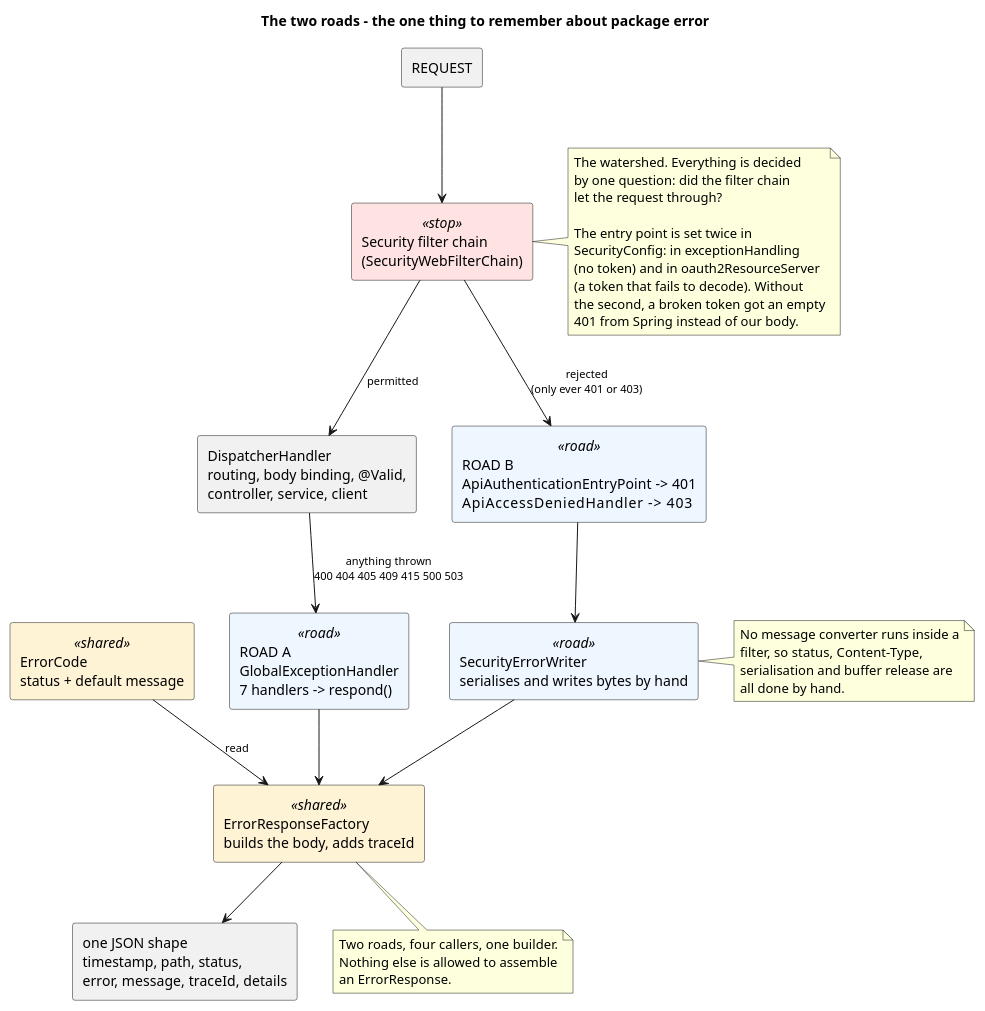
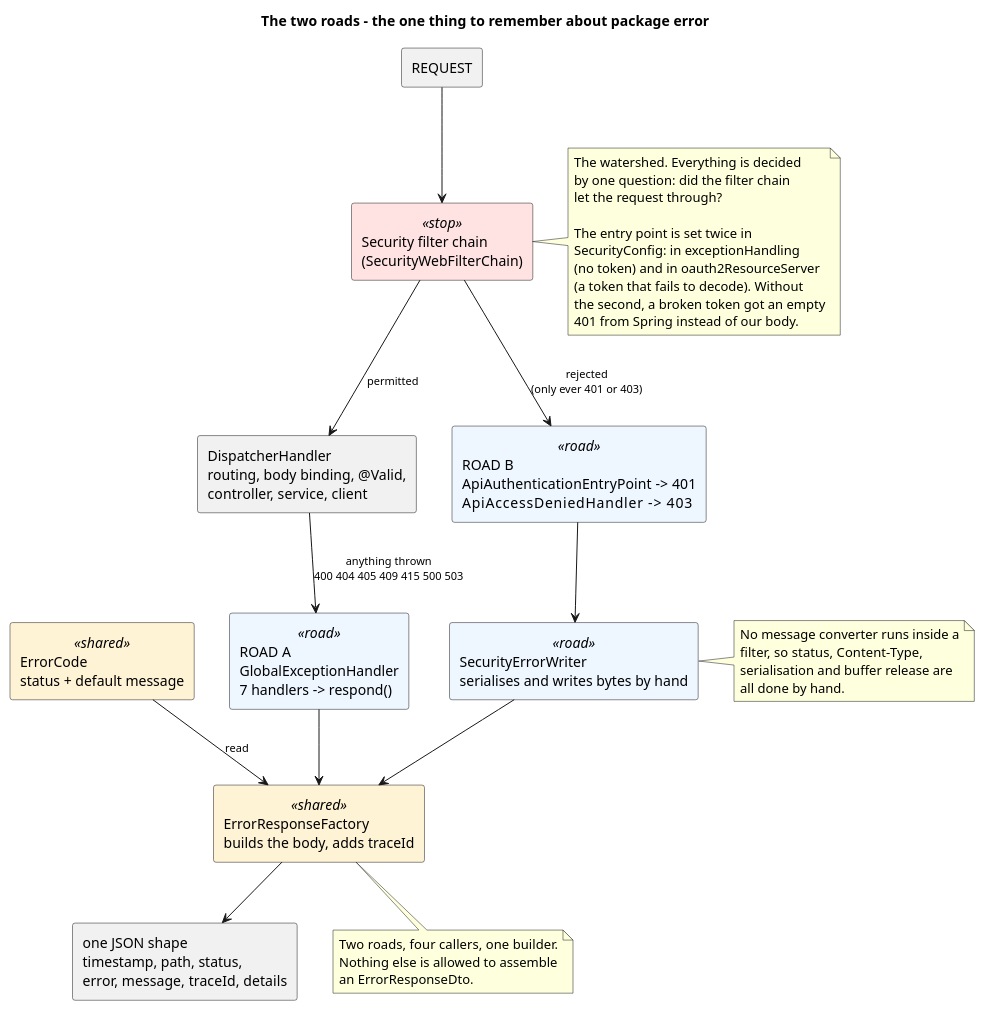
One commit to dezxxx/payment-platform changed the diagram in docs/puml-diagrams/error-two-roads.puml. Above: the diagram before and after it, drawn with PlantUML. The commit also changed 20 other files, not shown here.

```diff
--- a/docs/puml-diagrams/error-two-roads.puml
+++ b/docs/puml-diagrams/error-two-roads.puml
@@ -1,65 +1,65 @@
 @startuml error-two-roads
 title The two roads - the one thing to remember about package error
 
 skinparam shadowing false
 skinparam rectangle {
   BackgroundColor<<road>> #EEF6FF
   BackgroundColor<<shared>> #FFF3D6
   BackgroundColor<<stop>> #FFE3E3
 }
 skinparam ArrowFontSize 11
 
 rectangle "REQUEST" as Req
 
 rectangle "Security filter chain\n(SecurityWebFilterChain)" as Sec <<stop>>
 
 rectangle "DispatcherHandler\nrouting, body binding, @Valid,\ncontroller, service, client" as Disp
 
 rectangle "ROAD B\nApiAuthenticationEntryPoint  -> 401\nApiAccessDeniedHandler       -> 403" as RoadB <<road>>
 rectangle "SecurityErrorWriter\nserialises and writes bytes by hand" as Writer <<road>>
 
 rectangle "ROAD A\nGlobalExceptionHandler\n7 handlers -> respond()" as RoadA <<road>>
 
 rectangle "ErrorResponseFactory\nbuilds the body, adds traceId" as Factory <<shared>>
 
 rectangle "ErrorCode\nstatus + default message" as Code <<shared>>
 
 rectangle "one JSON shape\ntimestamp, path, status,\nerror, message, traceId, details" as Out
 
 Req --> Sec
 Sec --> RoadB : rejected\n(only ever 401 or 403)
 Sec --> Disp : permitted
 Disp --> RoadA : anything thrown\n400 404 405 409 415 500 503
 RoadB --> Writer
 Writer --> Factory
 RoadA --> Factory
 Code --> Factory : read
 Factory --> Out
 
 note right of Sec
   The watershed. Everything is decided
   by one question: did the filter chain
   let the request through?
 
   The entry point is set twice in
   SecurityConfig: in exceptionHandling
   (no token) and in oauth2ResourceServer
   (a token that fails to decode). Without
   the second, a broken token got an empty
   401 from Spring instead of our body.
 end note
 
 note right of Writer
   No message converter runs inside a
   filter, so status, Content-Type,
   serialisation and buffer release are
   all done by hand.
 end note
 
 note bottom of Factory
   Two roads, four callers, one builder.
   Nothing else is allowed to assemble
-  an ErrorResponse.
+  an ErrorResponseDto.
 end note
 
 @enduml
```
